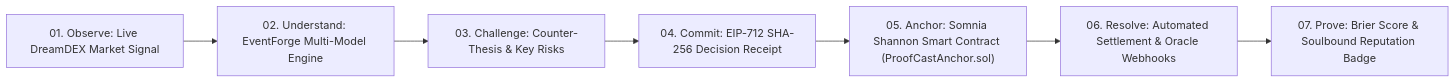
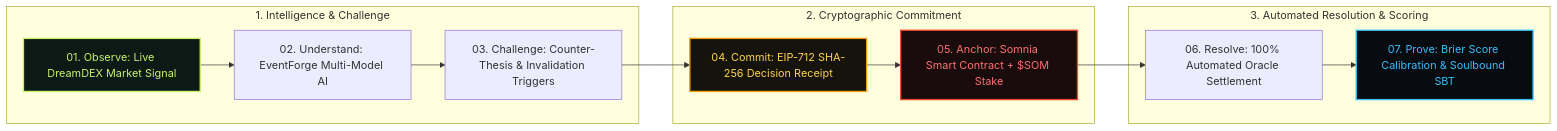
The first of 2 diagrams in README.md (0xaje/ProofCast), drawn with Mermaid before and after one commit. The commit also changed other lines of this file, not shown here.

Commit message:
docs(readme): redesign README with rich badges, architecture diagrams, and GitHub metadata

````diff
--- a/README.md
+++ b/README.md
@@ -17,9 +39,22 @@
 ```mermaid
 flowchart LR
-  A["01. Observe: Live DreamDEX Market Signal"] --> B["02. Understand: EventForge Multi-Model Engine"]
-  B --> C["03. Challenge: Counter-Thesis & Key Risks"]
-  C --> D["04. Commit: EIP-712 SHA-256 Decision Receipt"]
-  D --> E["05. Anchor: Somnia Shannon Smart Contract (ProofCastAnchor.sol)"]
-  E --> F["06. Resolve: Automated Settlement & Oracle Webhooks"]
-  F --> G["07. Prove: Brier Score & Soulbound Reputation Badge"]
+  subgraph PreDecision [1. Intelligence & Challenge]
+    A["01. Observe: Live DreamDEX Market Signal"] --> B["02. Understand: EventForge Multi-Model AI"]
+    B --> C["03. Challenge: Counter-Thesis & Invalidation Triggers"]
+  end
+
+  subgraph Commitment [2. Cryptographic Commitment]
+    C --> D["04. Commit: EIP-712 SHA-256 Decision Receipt"]
+    D --> E["05. Anchor: Somnia Smart Contract + $SOM Stake"]
+  end
+
+  subgraph Accountability [3. Automated Resolution & Scoring]
+    E --> F["06. Resolve: 100% Automated Oracle Settlement"]
+    F --> G["07. Prove: Brier Score Calibration & Soulbound SBT"]
+  end
+
+  style A fill:#0c1a16,stroke:#c8f06a,stroke-width:2px,color:#c8f06a
+  style D fill:#16120c,stroke:#f59e0b,stroke-width:2px,color:#fcd34d
+  style E fill:#1a0c0c,stroke:#f04b2f,stroke-width:2px,color:#f87171
+  style G fill:#080b10,stroke:#38bdf8,stroke-width:2px,color:#38bdf8
 ```
````
